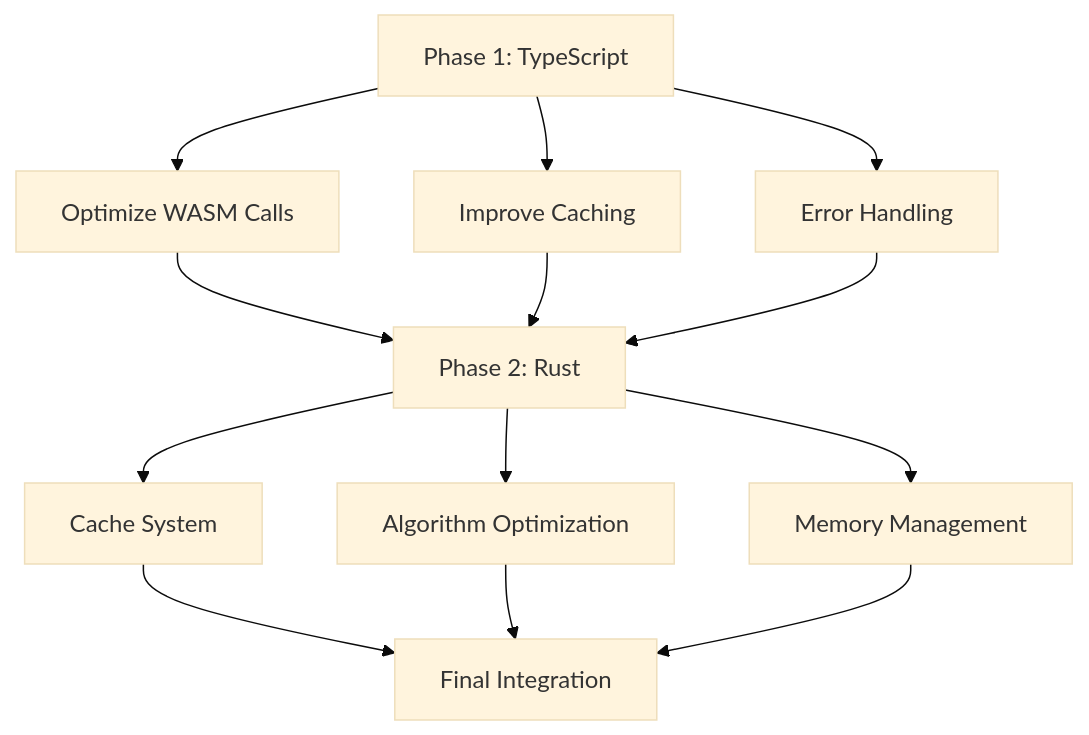
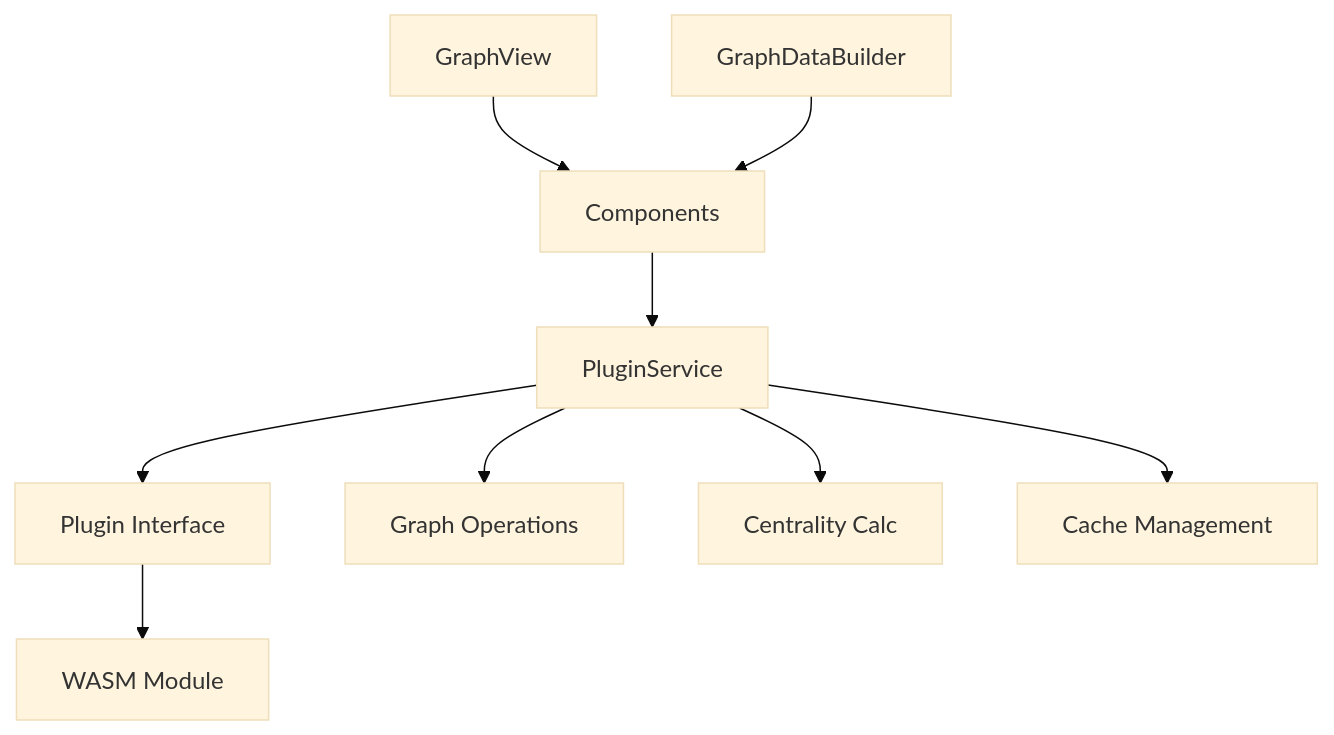
The first of 2 diagrams in memory-bank/systemPatterns.md (luolanaaTUD/obsidian-graph-analysis), drawn with Mermaid (base theme) before and after one commit. The commit also changed other lines of this file and 10 other files, not shown here.

First line of the commit message:
refactor: implement Plugin Service pattern and optimize graph initialization

````diff
--- a/memory-bank/systemPatterns.md
+++ b/memory-bank/systemPatterns.md
@@ -20,18 +20,13 @@
 ```mermaid
 graph TD
-    A[Phase 1: TypeScript] --> B[Optimize WASM Calls]
-    A --> C[Improve Caching]
-    A --> D[Error Handling]
+    A[Components] --> B[PluginService]
+    B --> C[Plugin Interface]
+    C --> D[WASM Module]
     
-    B --> E[Phase 2: Rust]
-    C --> E
-    D --> E
+    E[GraphView] --> A
+    F[GraphDataBuilder] --> A
     
-    E --> F[Cache System]
-    E --> G[Algorithm Optimization]
-    E --> H[Memory Management]
-    
-    F --> I[Final Integration]
-    G --> I
-    H --> I
+    B --> G[Graph Operations]
+    B --> H[Centrality Calc]
+    B --> I[Cache Management]
 ```
````
